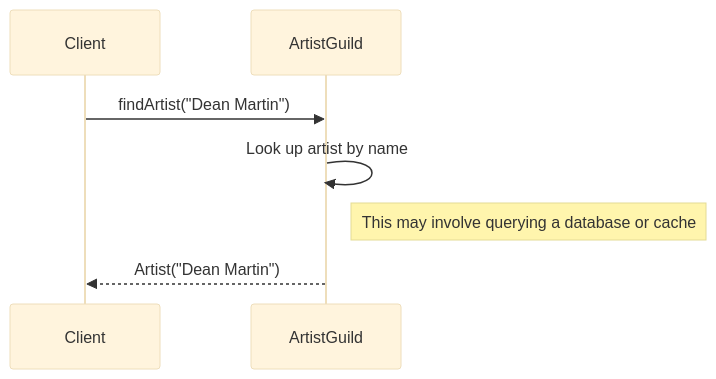
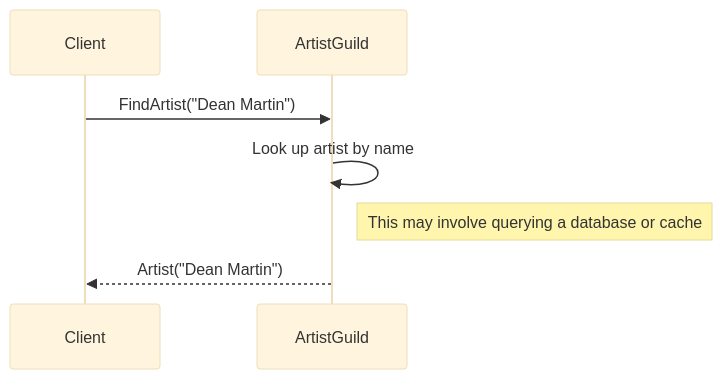
Before and after one commit to polyvariant/flavors-of-scala: the first of 4 diagrams in slides/concurrency.md, drawn with Mermaid (base theme). The commit also changed other lines of this file and 3 other files, not shown here.

````diff
--- a/slides/concurrency.md
+++ b/slides/concurrency.md
@@ -169,12 +169,12 @@
 ```mermaid
 
 sequenceDiagram
     participant Client as Client
     participant ArtistGuild as ArtistGuild
 
-    Client->>ArtistGuild: findArtist("Dean Martin")
+    Client->>ArtistGuild: FindArtist("Dean Martin")
     ArtistGuild->>ArtistGuild: Look up artist by name
     Note right of ArtistGuild: This may involve querying a database or cache
     ArtistGuild-->>Client: Artist("Dean Martin")
 
 ```
````
